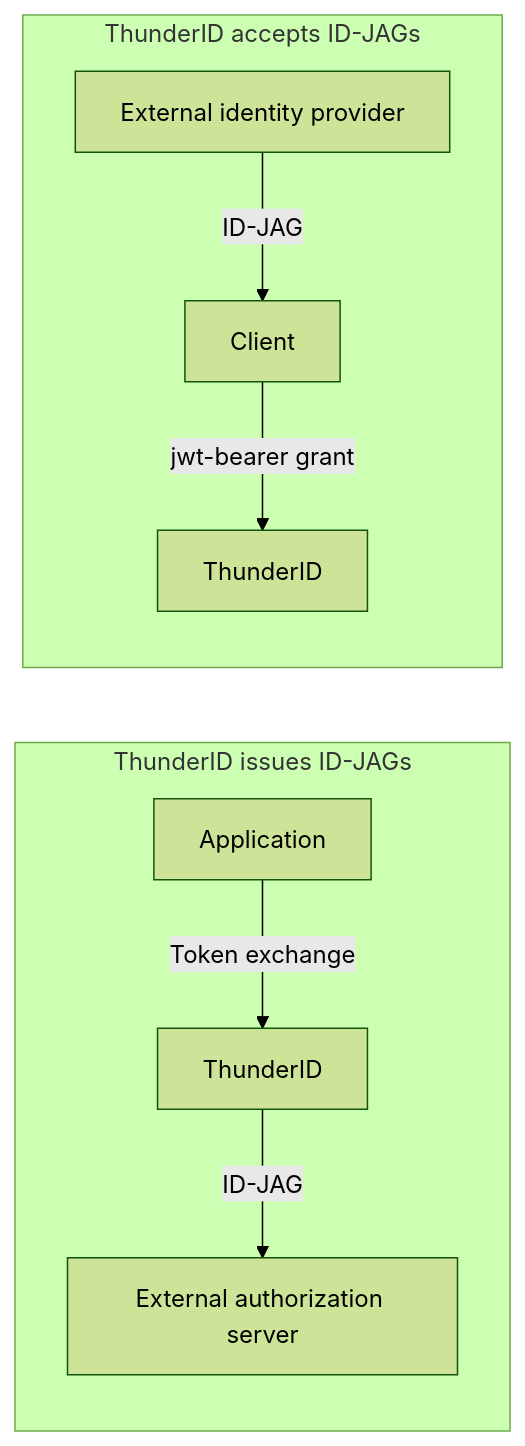
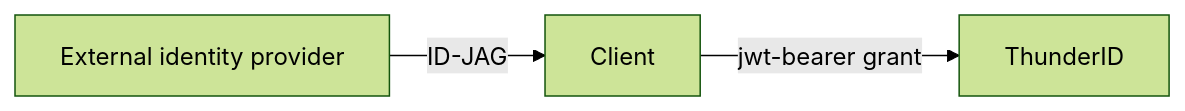
The second of 2 diagrams in docs/content/guides/protocols/oauth-oidc/identity-assertion-grant/index.mdx (thiva-k/thunder), drawn with Mermaid (forest theme) before and after one commit. The commit also changed other lines of this file and 17 other files, not shown here.

````diff
--- a/docs/content/guides/protocols/oauth-oidc/identity-assertion-grant/index.mdx
+++ b/docs/content/guides/protocols/oauth-oidc/identity-assertion-grant/index.mdx
@@ -16,11 +26,5 @@
 ```mermaid
 flowchart LR
-    subgraph issuing [ThunderID issues ID-JAGs]
-        A[Application] -->|Token exchange| T1[ThunderID]
-        T1 -->|ID-JAG| E[External authorization server]
-    end
-    subgraph accepting [ThunderID accepts ID-JAGs]
-        I[External identity provider] -->|ID-JAG| C[Client]
-        C -->|jwt-bearer grant| T2[ThunderID]
-    end
+  I[External identity provider] -->|ID-JAG| C[Client]
+  C -->|jwt-bearer grant| T2[ThunderID]
 ```
````
